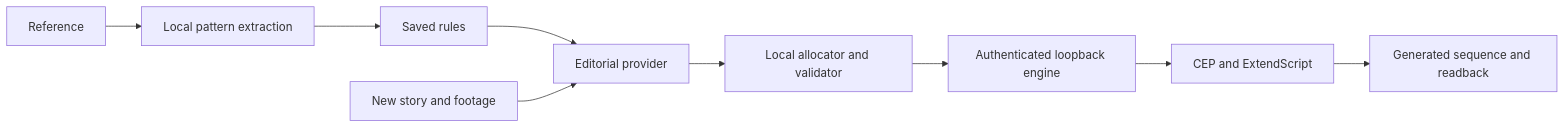
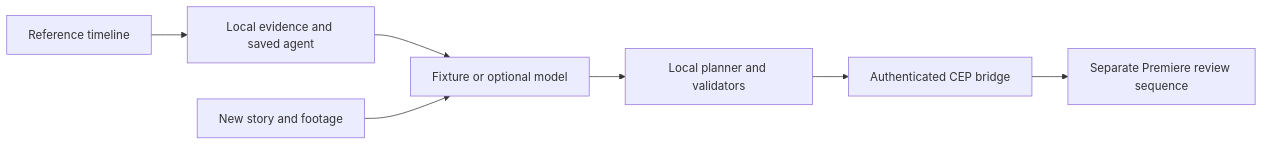
Before and after one commit to NajmKhaled/najm-editor: the diagram in README.md, drawn with Mermaid. The commit also changed other lines of this file and 46 other files, not shown here.

Commit message:
Expose the editing-agent workflow and add local lower-third proof of concept

````diff
--- a/README.md
+++ b/README.md
@@ -25,11 +74,9 @@
 ```mermaid
 flowchart LR
-  R[Reference] --> A[Local pattern extraction]
-  A --> S[Saved rules]
-  S --> P[Editorial provider]
-  N[New story and footage] --> P
-  P --> V[Local allocator and validator]
-  V --> B[Authenticated loopback engine]
-  B --> C[CEP and ExtendScript]
-  C --> T[Generated sequence and readback]
+  R[Reference timeline] --> E[Local evidence and saved agent]
+  E --> M[Fixture or optional model]
+  F[New story and footage] --> M
+  M --> V[Local planner and validators]
+  V --> B[Authenticated CEP bridge]
+  B --> P[Separate Premiere review sequence]
 ```
````
